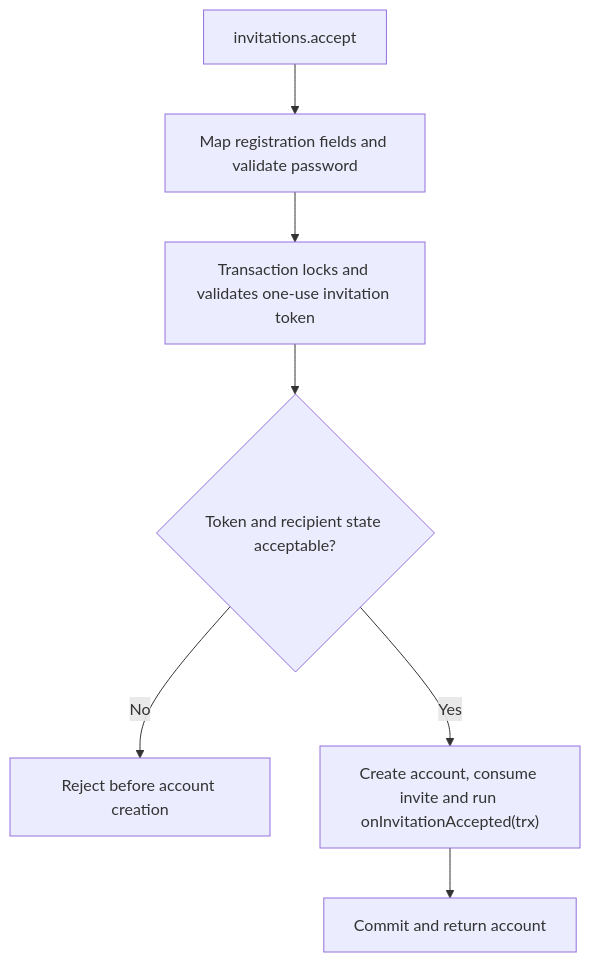
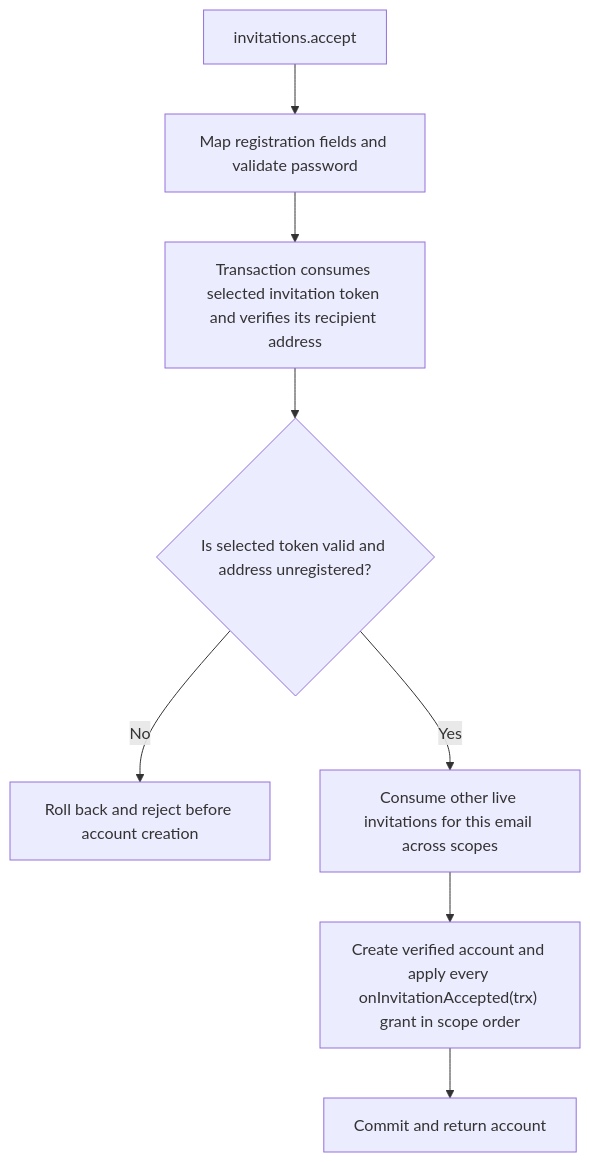
The second of 2 diagrams in user-stories/US-ACCOUNT-09-accept-invitation.md (Kevinjohn/oss-adonisjs-account-kit), drawn with Mermaid before and after one commit. The commit also changed other lines of this file and 17 other files, not shown here.

````diff
--- a/user-stories/US-ACCOUNT-09-accept-invitation.md
+++ b/user-stories/US-ACCOUNT-09-accept-invitation.md
@@ -30,9 +33,10 @@
 ```mermaid
 flowchart TD
  A["invitations.accept"] --> B["Map registration fields and validate password"]
- B --> C["Transaction locks and validates one-use invitation token"]
- C --> D{"Token and recipient state acceptable?"}
- D -->|No| E["Reject before account creation"]
- D -->|Yes| F["Create account, consume invite and run onInvitationAccepted(trx)"]
- F --> G["Commit and return account"]
+ B --> C["Transaction consumes selected invitation token and verifies its recipient address"]
+ C --> D{"Is selected token valid and address unregistered?"}
+ D -->|No| E["Roll back and reject before account creation"]
+ D -->|Yes| F["Consume other live invitations for this email across scopes"]
+ F --> G["Create verified account and apply every onInvitationAccepted(trx) grant in scope order"]
+ G --> H["Commit and return account"]
 ```
````
